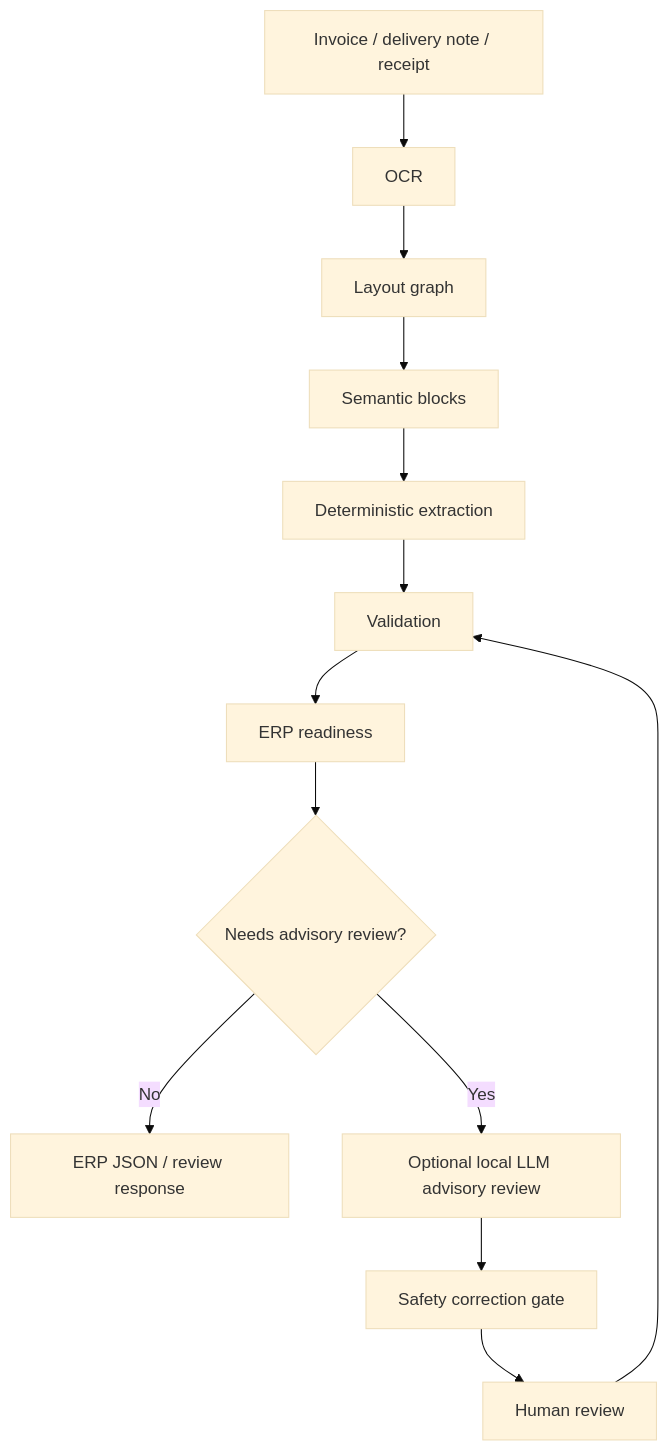
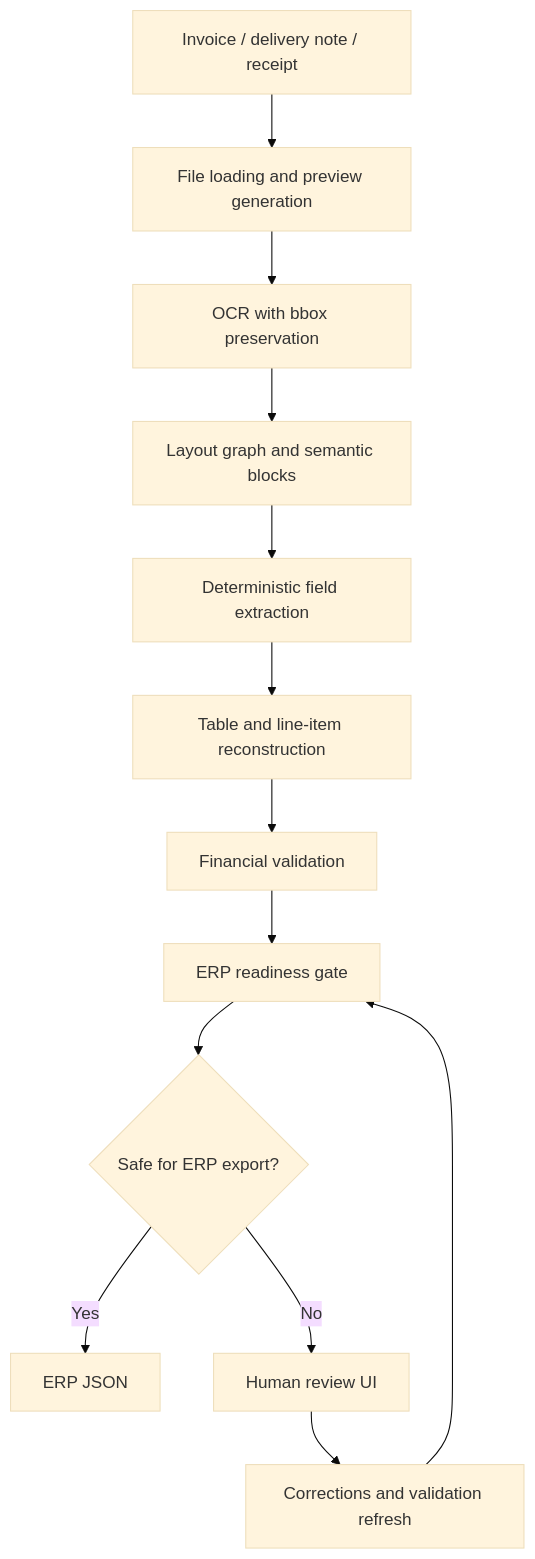
One commit to aymendhieb02/Smart-OCR-to-ERP-Platform changed the diagram in README.md. Above: the diagram before and after it, drawn with Mermaid (base theme). The commit also changed other lines of this file and 3 other files, not shown here.

Commit message:
Make deterministic extraction the default workflow

````diff
--- a/README.md
+++ b/README.md
@@ -26,15 +26,15 @@
 ```mermaid
 flowchart TD
-    A["Invoice / delivery note / receipt"] --> B["OCR"]
-    B --> C["Layout graph"]
-    C --> D["Semantic blocks"]
-    D --> E["Deterministic extraction"]
-    E --> F["Validation"]
-    F --> G["ERP readiness"]
-    G --> H{"Needs advisory review?"}
-    H -->|No| I["ERP JSON / review response"]
-    H -->|Yes| J["Optional local LLM advisory review"]
-    J --> K["Safety correction gate"]
-    K --> L["Human review"]
-    L --> F
+    A["Invoice / delivery note / receipt"] --> B["File loading and preview generation"]
+    B --> C["OCR with bbox preservation"]
+    C --> D["Layout graph and semantic blocks"]
+    D --> E["Deterministic field extraction"]
+    E --> F["Table and line-item reconstruction"]
+    F --> G["Financial validation"]
+    G --> H["ERP readiness gate"]
+    H --> I{"Safe for ERP export?"}
+    I -->|Yes| J["ERP JSON"]
+    I -->|No| K["Human review UI"]
+    K --> L["Corrections and validation refresh"]
+    L --> H
 ```
````
